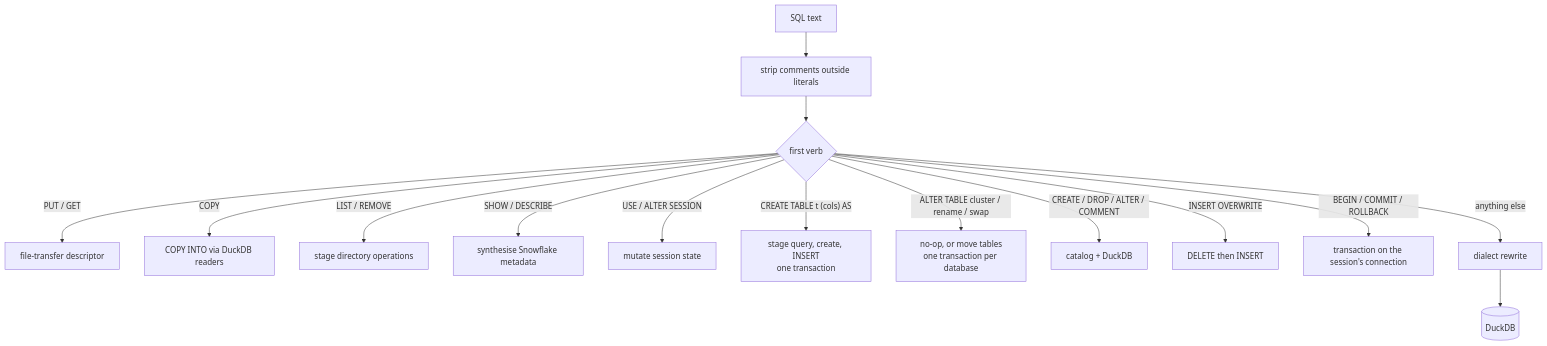
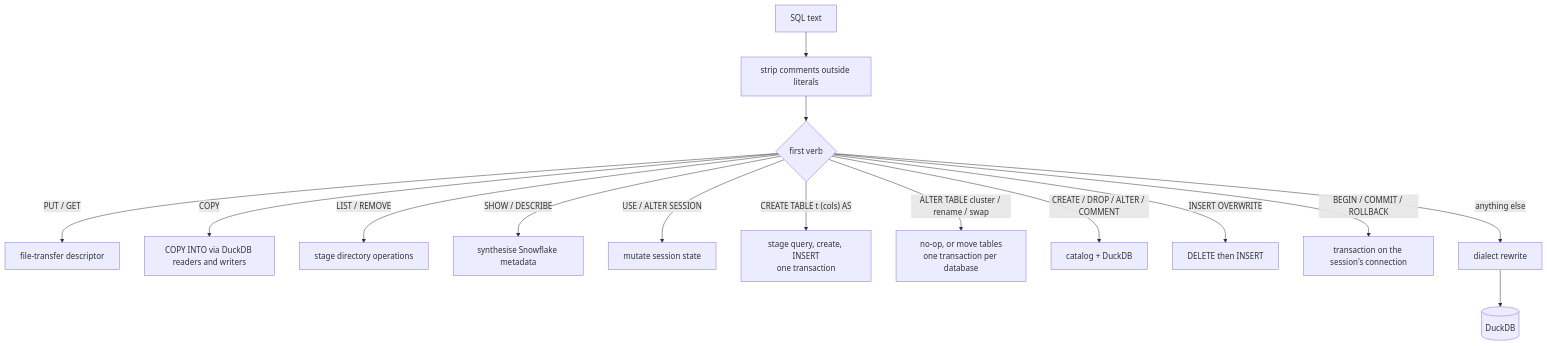
Before and after one commit to sri369c/SnowTest: the third of 6 diagrams in docs/design.md, drawn with Mermaid. The commit also changed other lines of this file and 2 other files, not shown here.

````diff
--- a/docs/design.md
+++ b/docs/design.md
@@ -193,18 +193,18 @@
 ```mermaid
 flowchart TD
   Q["SQL text"] --> STRIP["strip comments outside literals"]
   STRIP --> VERB{"first verb"}
 
   VERB -->|PUT / GET| FT["file-transfer descriptor"]
-  VERB -->|COPY| COPY["COPY INTO via DuckDB readers"]
+  VERB -->|COPY| COPY["COPY INTO via DuckDB readers and writers"]
   VERB -->|LIST / REMOVE| STG["stage directory operations"]
   VERB -->|SHOW / DESCRIBE| META["synthesise Snowflake metadata"]
   VERB -->|USE / ALTER SESSION| CTX["mutate session state"]
   VERB -->|"CREATE TABLE t (cols) AS"| CTAS["stage query, create, INSERT<br/>one transaction"]
   VERB -->|"ALTER TABLE cluster / rename / swap"| ALT["no-op, or move tables<br/>one transaction per database"]
   VERB -->|CREATE / DROP / ALTER / COMMENT| DDL["catalog + DuckDB"]
   VERB -->|INSERT OVERWRITE| OW["DELETE then INSERT"]
   VERB -->|BEGIN / COMMIT / ROLLBACK| TX["transaction on the session's connection"]
   VERB -->|anything else| RW["dialect rewrite"]
   RW --> DB[("DuckDB")]
 ```
````
